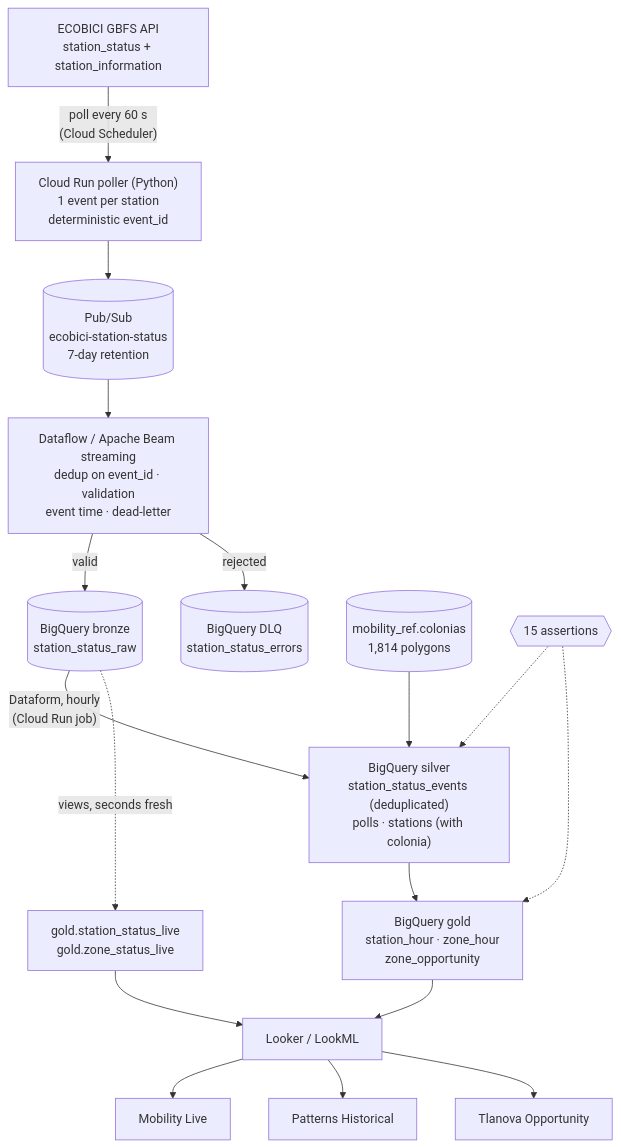
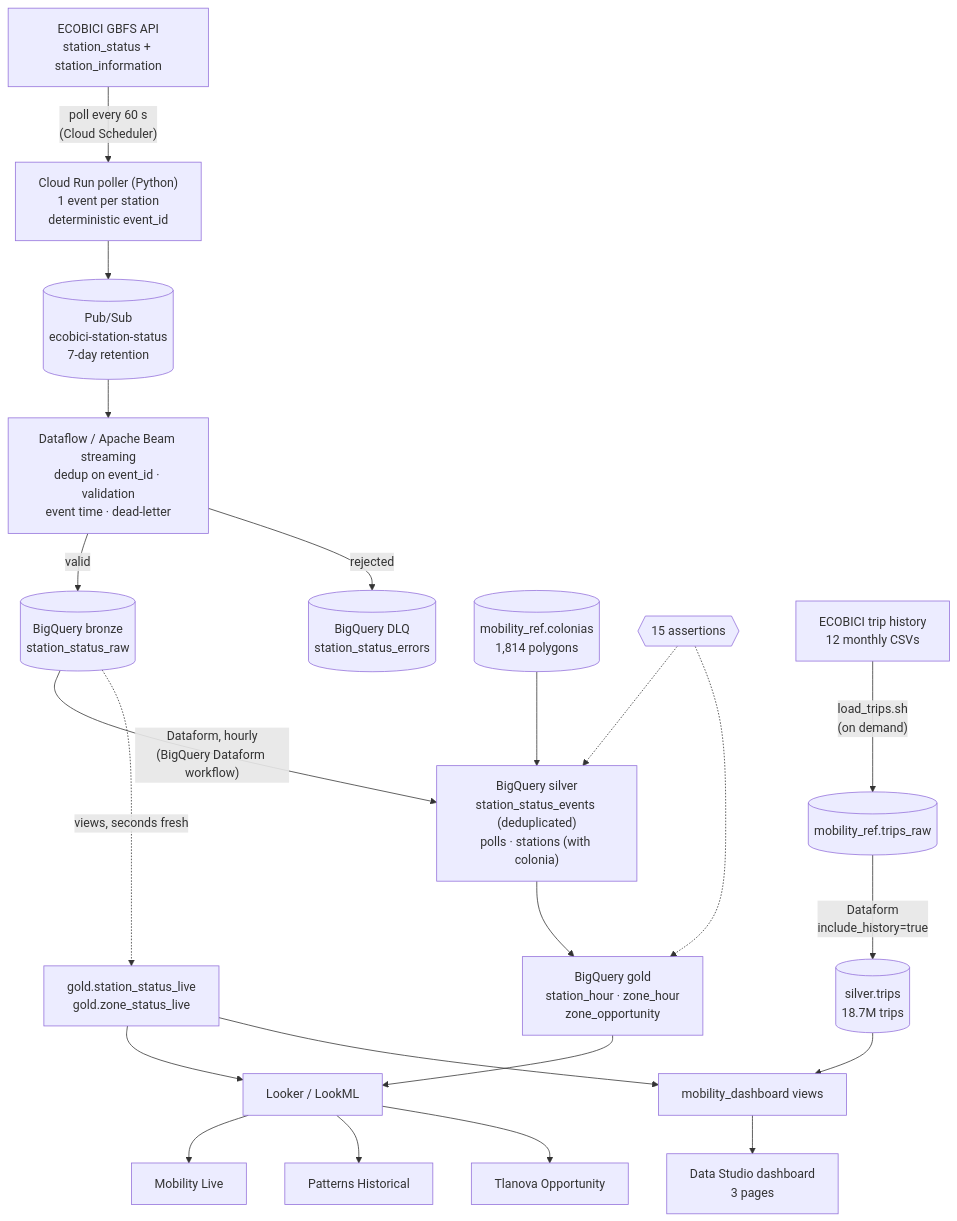
Before and after one commit to scyanh/cdmx-mobility-streaming-analytics: the diagram in README.md, drawn with Mermaid. The commit also changed other lines of this file and 30 other files, not shown here.

````diff
--- a/README.md
+++ b/README.md
@@ -16,16 +19,21 @@
 ```mermaid
 flowchart TB
     GBFS[ECOBICI GBFS API<br/>station_status + station_information] -- "poll every 60 s<br/>(Cloud Scheduler)" --> POLL
     POLL["Cloud Run poller (Python)<br/>1 event per station<br/>deterministic event_id"] --> PS[(Pub/Sub<br/>ecobici-station-status<br/>7-day retention)]
     PS --> DF["Dataflow / Apache Beam streaming<br/>dedup on event_id · validation<br/>event time · dead-letter"]
     DF -- valid --> BRONZE[(BigQuery bronze<br/>station_status_raw)]
     DF -- rejected --> DLQ[(BigQuery DLQ<br/>station_status_errors)]
     REF[(mobility_ref.colonias<br/>1,814 polygons)] --> SILVER
-    BRONZE -- "Dataform, hourly<br/>(Cloud Run job)" --> SILVER["BigQuery silver<br/>station_status_events (deduplicated)<br/>polls · stations (with colonia)"]
+    BRONZE -- "Dataform, hourly<br/>(BigQuery Dataform workflow)" --> SILVER["BigQuery silver<br/>station_status_events (deduplicated)<br/>polls · stations (with colonia)"]
     SILVER --> GOLD["BigQuery gold<br/>station_hour · zone_hour<br/>zone_opportunity"]
     BRONZE -. "views, seconds fresh" .-> LIVE[gold.station_status_live<br/>gold.zone_status_live]
     A{{15 assertions}} -.-> SILVER & GOLD
     GOLD --> LOOKER[Looker / LookML]
     LIVE --> LOOKER
     LOOKER --> D1[Mobility Live] & D2[Patterns Historical] & D3[Tlanova Opportunity]
+    CSV[ECOBICI trip history<br/>12 monthly CSVs] -- "load_trips.sh<br/>(on demand)" --> TRAW[(mobility_ref.trips_raw)]
+    TRAW -- "Dataform<br/>include_history=true" --> TRIPS[(silver.trips<br/>18.7M trips)]
+    TRIPS --> DASH[mobility_dashboard views]
+    LIVE --> DASH
+    DASH --> DS[Data Studio dashboard<br/>3 pages]
 ```
````
